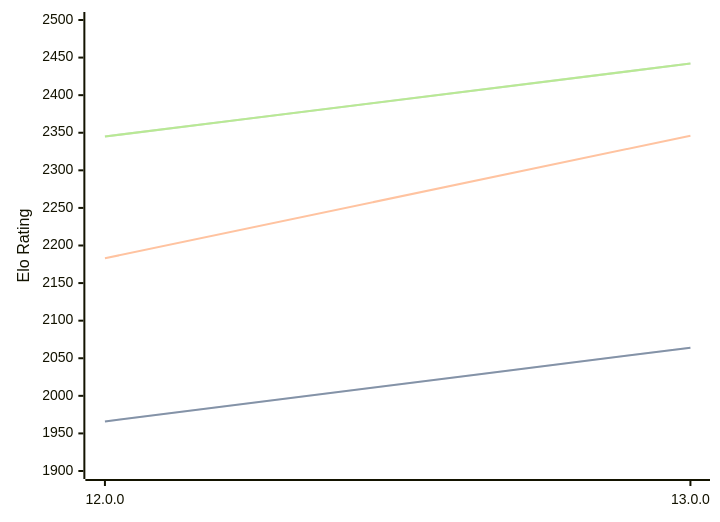
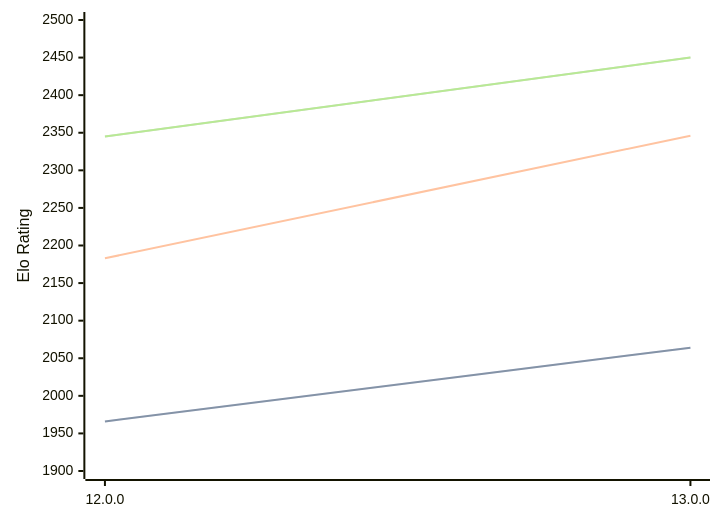
The diagram in engines/Cepimetheus.md (computer-chess-index/cci), drawn with Mermaid before and after one commit. The commit also changed other lines of this file, not shown here.

Commit message:
Update CCI Ratings (ELO VLTC) - 2026-07-30

````diff
--- a/engines/Cepimetheus.md
+++ b/engines/Cepimetheus.md
@@ -64,11 +64,11 @@
 ```mermaid
 %%{init: {"theme":"base","themeVariables":{"seriesColors:['#a3a3a3','#222221','#faa371']}}}%%
 xychart-beta
   x-axis ["12.0.0", "13.0.0"]
   y-axis "Elo Rating" 1900 --> 2500
   line "STC (8.0+0.08s)" [1966, 2064]
   line "STC (8.0+0.08s)" [1966, 2064]
   line "LTC (60.0+0.60s)" [2183, 2346]
-  line "VLTC (2m24s+1.12s)" [2345, 2442]
-  line "VLTC (2m24s+1.12s)" [2345, 2442]
+  line "VLTC (2m24s+1.12s)" [2345, 2450]
+  line "VLTC (2m24s+1.12s)" [2345, 2450]
 ```
````
